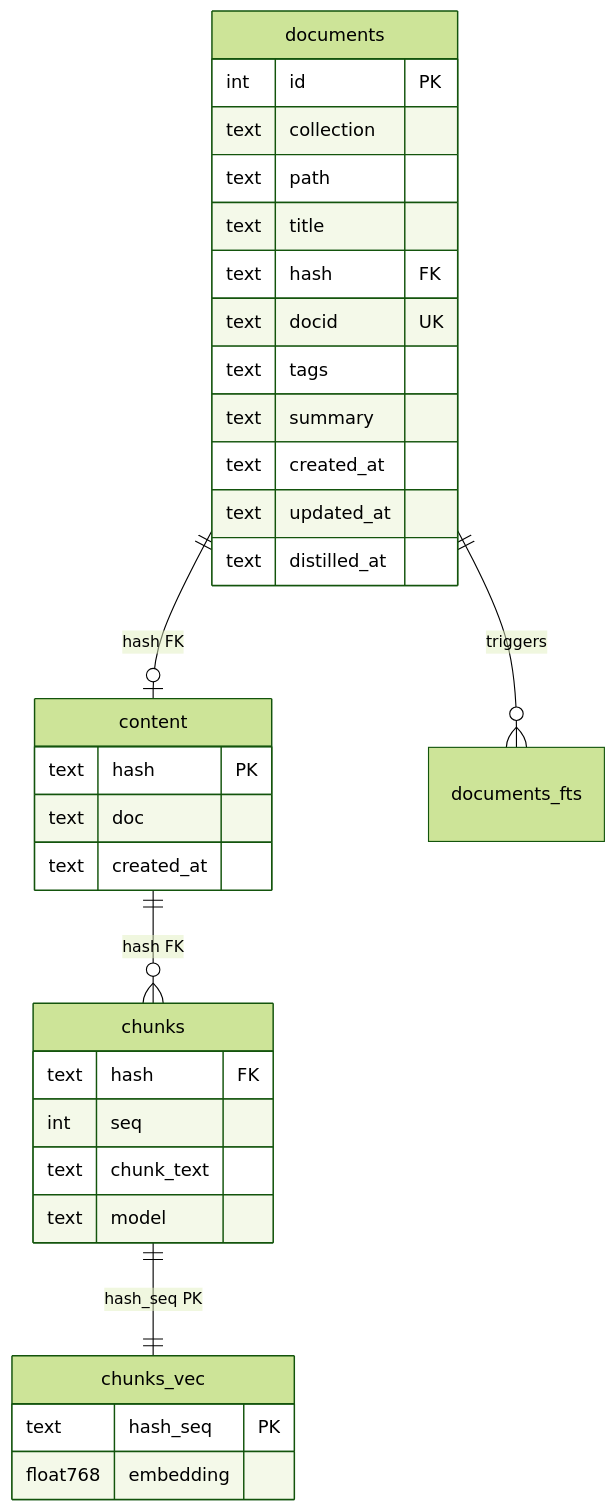
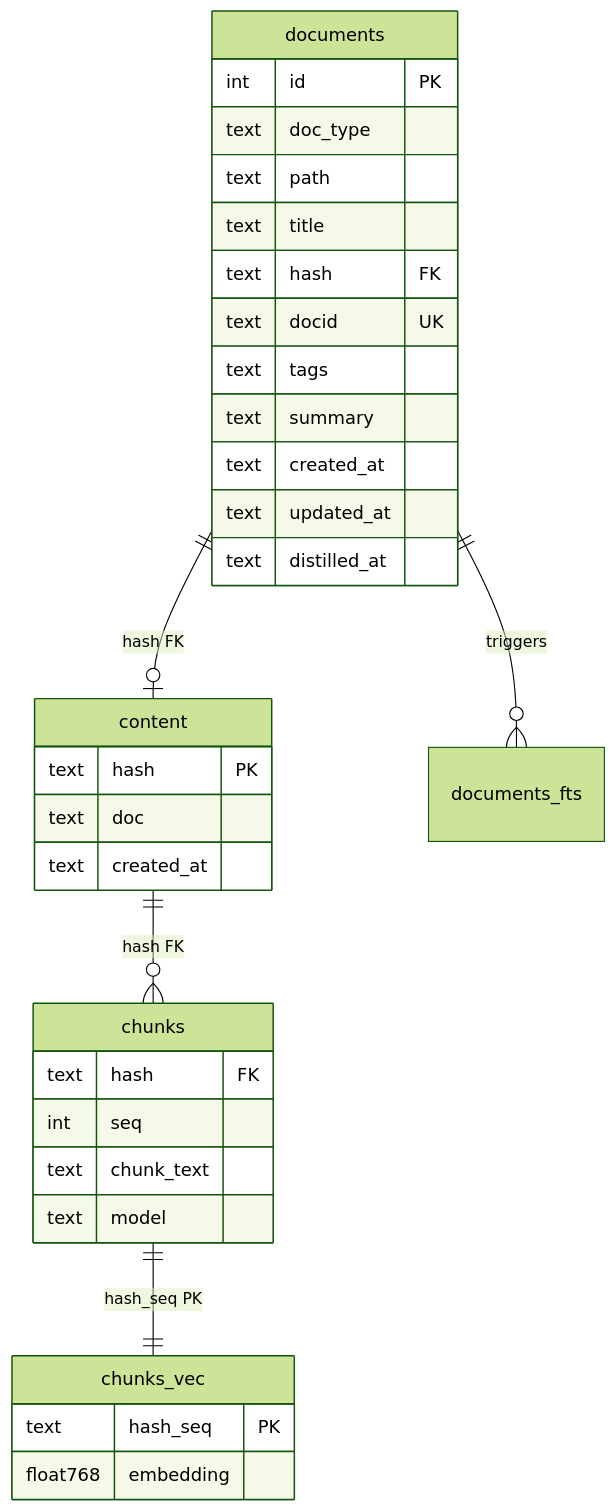
One commit to xiongzubiao/memex changed the ninth of 12 diagrams in docs/superpowers/specs/2026-04-07-memex-design.md. Above: the diagram before and after it, drawn with Mermaid (forest theme). The commit also changed other lines of this file and 59 other files, not shown here.

````diff
--- a/docs/superpowers/specs/2026-04-07-memex-design.md
+++ b/docs/superpowers/specs/2026-04-07-memex-design.md
@@ -589,36 +589,36 @@
 ```mermaid
 erDiagram
     documents ||--o| content : "hash FK"
     content ||--o{ chunks : "hash FK"
     chunks ||--|| chunks_vec : "hash_seq PK"
     documents ||--o{ documents_fts : "triggers"
 
     documents {
         int id PK
-        text collection
+        text doc_type
         text path
         text title
         text hash FK
         text docid UK
         text tags
         text summary
         text created_at
         text updated_at
         text distilled_at
     }
     content {
         text hash PK
         text doc
         text created_at
     }
     chunks {
         text hash FK
         int seq
         text chunk_text
         text model
     }
     chunks_vec {
         text hash_seq PK
         float768 embedding
     }
 ```
````
